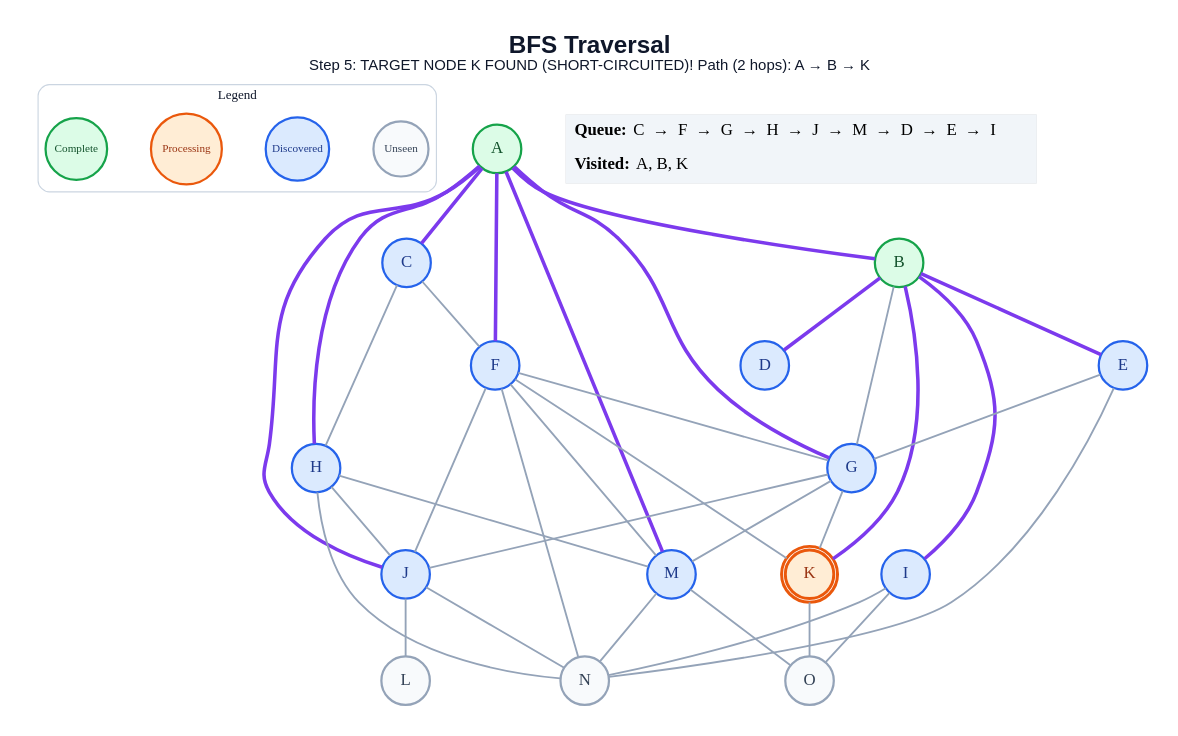
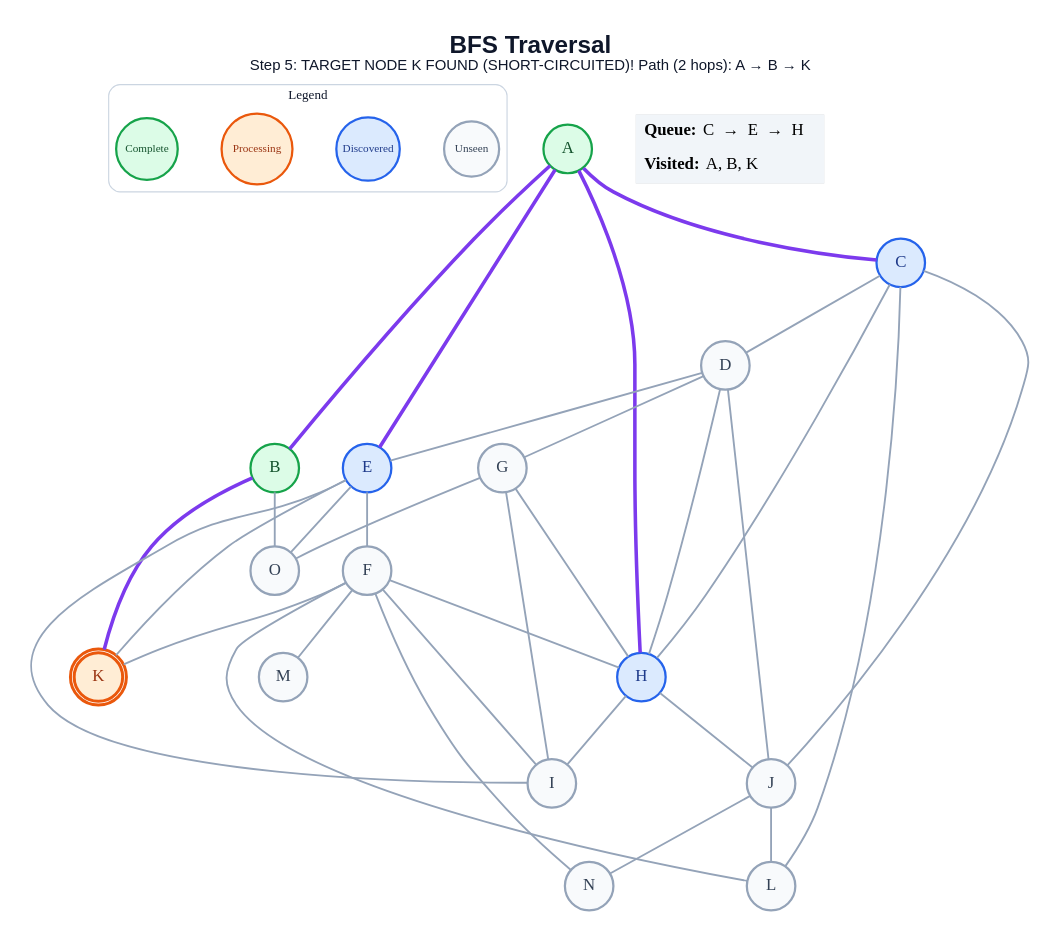
One commit to anon7238593-create/ai-slop changed the diagram in generated/short-circuit/bfs/step_05.dot. Above: the diagram before and after it, drawn with Graphviz. The commit also changed 217 other files, not shown here.

```diff
--- a/generated/short-circuit/bfs/step_05.dot
+++ b/generated/short-circuit/bfs/step_05.dot
@@ -1,68 +1,65 @@
 graph traversal {
   graph [layout=dot, rankdir=TB, bgcolor="#FFFFFF", pad="0.35", nodesep="0.65", ranksep="0.8", fontname="Arial"];
   node [shape=circle, style="filled", fontname="Arial Bold", fontsize=18, width=0.72, fixedsize=true, penwidth=2.4];
   edge [color="#94A3B8", penwidth=2.0];
   label=<<B>BFS Traversal</B><BR/><FONT POINT-SIZE="16">Step 5: TARGET NODE K FOUND (SHORT-CIRCUITED)! Path (2 hops): A → B → K</FONT>>; labelloc="t"; fontsize=26; fontname="Arial"; fontcolor="#0F172A";
   subgraph cluster_legend { label="Legend"; color="#CBD5E1"; penwidth=1.2; style="rounded"; fontsize=14; fontname="Arial Bold";
     key_unseen [label="Unseen", fillcolor="#F8FAFC", color="#94A3B8", fontcolor="#334155", fontsize=12, width=0.82];
     key_frontier [label="Discovered", fillcolor="#DBEAFE", color="#2563EB", fontcolor="#1E3A8A", fontsize=12, width=0.95];
     key_current [label="Processing", fillcolor="#FFEDD5", color="#EA580C", fontcolor="#9A3412", fontsize=12, width=1.05];
     key_done [label="Complete", fillcolor="#DCFCE7", color="#16A34A", fontcolor="#14532D", fontsize=12, width=0.92];
     { rank=same; key_unseen; key_frontier; key_current; key_done; }
   }
   A [label="A", fillcolor="#DCFCE7", color="#16A34A", fontcolor="#14532D", peripheries=1, penwidth=2.4];
   B [label="B", fillcolor="#DCFCE7", color="#16A34A", fontcolor="#14532D", peripheries=1, penwidth=2.4];
   C [label="C", fillcolor="#DBEAFE", color="#2563EB", fontcolor="#1E3A8A", peripheries=1, penwidth=2.4];
-  D [label="D", fillcolor="#DBEAFE", color="#2563EB", fontcolor="#1E3A8A", peripheries=1, penwidth=2.4];
+  D [label="D", fillcolor="#F8FAFC", color="#94A3B8", fontcolor="#334155", peripheries=1, penwidth=2.4];
   E [label="E", fillcolor="#DBEAFE", color="#2563EB", fontcolor="#1E3A8A", peripheries=1, penwidth=2.4];
-  F [label="F", fillcolor="#DBEAFE", color="#2563EB", fontcolor="#1E3A8A", peripheries=1, penwidth=2.4];
-  G [label="G", fillcolor="#DBEAFE", color="#2563EB", fontcolor="#1E3A8A", peripheries=1, penwidth=2.4];
+  F [label="F", fillcolor="#F8FAFC", color="#94A3B8", fontcolor="#334155", peripheries=1, penwidth=2.4];
+  G [label="G", fillcolor="#F8FAFC", color="#94A3B8", fontcolor="#334155", peripheries=1, penwidth=2.4];
   H [label="H", fillcolor="#DBEAFE", color="#2563EB", fontcolor="#1E3A8A", peripheries=1, penwidth=2.4];
-  I [label="I", fillcolor="#DBEAFE", color="#2563EB", fontcolor="#1E3A8A", peripheries=1, penwidth=2.4];
-  J [label="J", fillcolor="#DBEAFE", color="#2563EB", fontcolor="#1E3A8A", peripheries=1, penwidth=2.4];
+  I [label="I", fillcolor="#F8FAFC", color="#94A3B8", fontcolor="#334155", peripheries=1, penwidth=2.4];
+  J [label="J", fillcolor="#F8FAFC", color="#94A3B8", fontcolor="#334155", peripheries=1, penwidth=2.4];
   K [label="K", fillcolor="#FFEDD5", color="#EA580C", fontcolor="#9A3412", peripheries=2, penwidth=3.2];
   L [label="L", fillcolor="#F8FAFC", color="#94A3B8", fontcolor="#334155", peripheries=1, penwidth=2.4];
-  M [label="M", fillcolor="#DBEAFE", color="#2563EB", fontcolor="#1E3A8A", peripheries=1, penwidth=2.4];
+  M [label="M", fillcolor="#F8FAFC", color="#94A3B8", fontcolor="#334155", peripheries=1, penwidth=2.4];
   N [label="N", fillcolor="#F8FAFC", color="#94A3B8", fontcolor="#334155", peripheries=1, penwidth=2.4];
   O [label="O", fillcolor="#F8FAFC", color="#94A3B8", fontcolor="#334155", peripheries=1, penwidth=2.4];
   A -- B [color="#7C3AED", penwidth=3.8];
   A -- C [color="#7C3AED", penwidth=3.8];
-  A -- F [color="#7C3AED", penwidth=3.8];
-  A -- G [color="#7C3AED", penwidth=3.8];
+  A -- E [color="#7C3AED", penwidth=3.8];
   A -- H [color="#7C3AED", penwidth=3.8];
-  A -- J [color="#7C3AED", penwidth=3.8];
-  A -- M [color="#7C3AED", penwidth=3.8];
-  B -- D [color="#7C3AED", penwidth=3.8];
-  B -- E [color="#7C3AED", penwidth=3.8];
-  B -- G;
-  B -- I [color="#7C3AED", penwidth=3.8];
   B -- K [color="#7C3AED", penwidth=3.8];
-  C -- F;
+  B -- O;
+  C -- D;
   C -- H;
-  E -- G;
-  E -- N;
-  F -- G;
-  F -- J;
+  C -- J;
+  C -- L;
+  D -- E;
+  D -- G;
+  D -- H;
+  D -- J;
+  E -- F;
+  E -- I;
+  E -- K;
+  E -- O;
+  F -- H;
+  F -- I;
   F -- K;
+  F -- L;
   F -- M;
   F -- N;
-  G -- J;
-  G -- K;
-  G -- M;
+  G -- H;
+  G -- I;
+  G -- O;
+  H -- I;
   H -- J;
-  H -- M;
-  H -- N;
-  I -- N;
-  I -- O;
   J -- L;
   J -- N;
-  K -- O;
-  M -- N;
-  M -- O;
   status [shape=plain, fixedsize=false, width=0, height=0, margin=0, label=<
     <TABLE BORDER="0" CELLBORDER="0" CELLPADDING="7" BGCOLOR="#F1F5F9">
-      <TR><TD ALIGN="LEFT"><B>Queue:</B> C  →  F  →  G  →  H  →  J  →  M  →  D  →  E  →  I</TD></TR>
+      <TR><TD ALIGN="LEFT"><B>Queue:</B> C  →  E  →  H</TD></TR>
       <TR><TD ALIGN="LEFT"><B>Visited:</B> A, B, K</TD></TR>
     </TABLE>
   >];
 }
```
